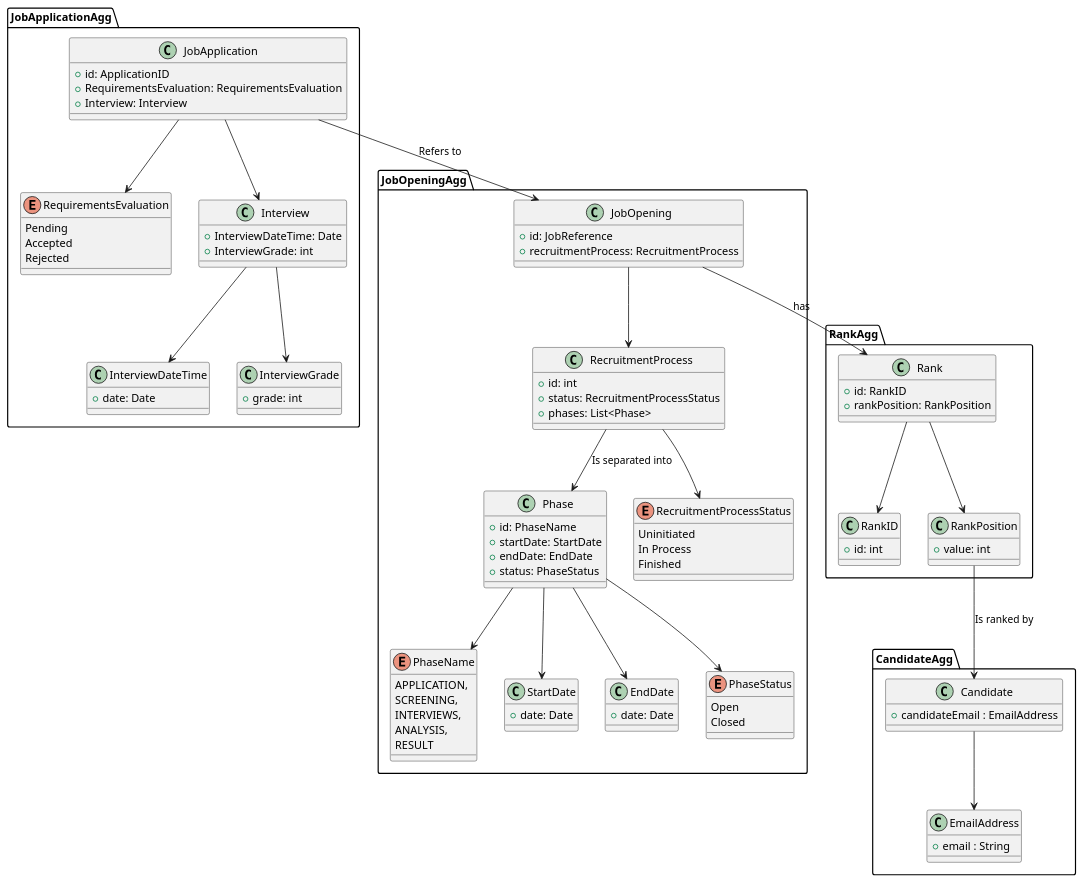
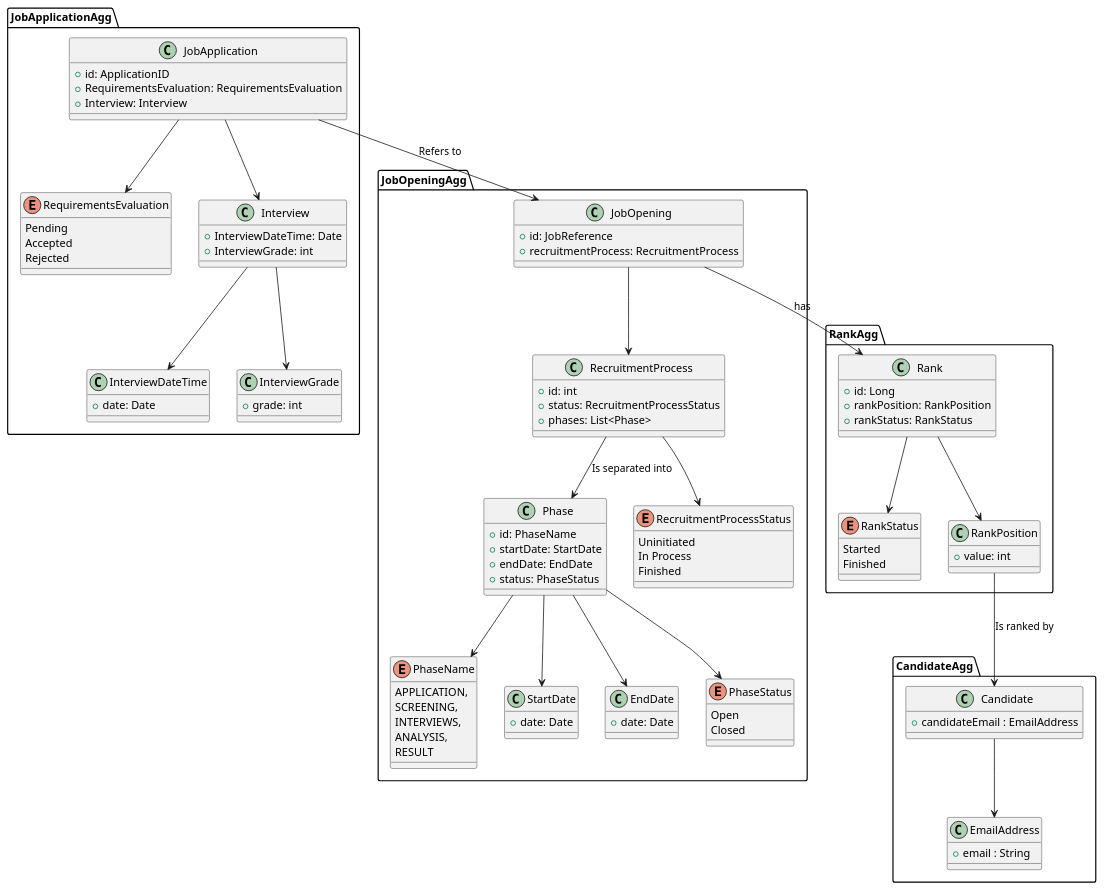
Before and after one commit to Mendoncaa/LAPR4: the diagram in docs/sprintC/US1010/02.analysis/puml/DM.puml, drawn with PlantUML. The commit also changed 3 other files, not shown here.

```diff
--- a/docs/sprintC/US1010/02.analysis/puml/DM.puml
+++ b/docs/sprintC/US1010/02.analysis/puml/DM.puml
@@ -1,121 +1,123 @@
 @startuml DomainModel
 package JobOpeningAgg {
 
     class JobOpening {
         +id: JobReference
         +recruitmentProcess: RecruitmentProcess
     }
     class RecruitmentProcess {
         +id: int
         +status: RecruitmentProcessStatus
         +phases: List<Phase>
     }
 
     class Phase {
         +id: PhaseName
         +startDate: StartDate
         +endDate: EndDate
         +status: PhaseStatus
     }
 
     enum PhaseName {
             APPLICATION,
             SCREENING,
             INTERVIEWS,
             ANALYSIS,
             RESULT
     }
 
     class StartDate {
         +date: Date
     }
 
     class EndDate {
         +date: Date
     }
 
     enum PhaseStatus {
         Open
         Closed
     }
 
     enum RecruitmentProcessStatus {
         Uninitiated
         In Process
         Finished
     }
 
     JobOpening --> RecruitmentProcess
     RecruitmentProcess --> RecruitmentProcessStatus
     RecruitmentProcess --> Phase : "Is separated into"
     Phase --> PhaseName
     Phase --> StartDate
     Phase --> EndDate
     Phase --> PhaseStatus
 }
 
 package JobApplicationAgg {
     class JobApplication {
         +id: ApplicationID
         +RequirementsEvaluation: RequirementsEvaluation
         +Interview: Interview
     }
 
     enum RequirementsEvaluation {
         Pending
         Accepted
         Rejected
     }
 
     class Interview {
         +InterviewDateTime: Date
         +InterviewGrade: int
     }
 
     class InterviewDateTime {
         +date: Date
     }
 
     class InterviewGrade {
         +grade: int
     }
 
     JobApplication --> RequirementsEvaluation
     JobApplication --> Interview
     JobApplication --> JobOpening : Refers to
     Interview --> InterviewDateTime
     Interview --> InterviewGrade
 }
 
 package RankAgg {
     class Rank {
-        +id: RankID
+        +id: Long
         +rankPosition: RankPosition
+        +rankStatus: RankStatus
     }
 
-    class RankID {
-        +id: int
+    enum RankStatus {
+        Started
+        Finished
     }
 
     class RankPosition {
         +value: int
     }
 
-    Rank --> RankID
     Rank --> RankPosition
+    Rank --> RankStatus
     JobOpening --> Rank : "has"
 }
 
 package CandidateAgg {
     class Candidate {
         + candidateEmail : EmailAddress
     }
 
     class EmailAddress{
         + email : String
     }
 
     Candidate --> EmailAddress
     RankPosition --> Candidate : "Is ranked by"
 }
 @enduml
```
